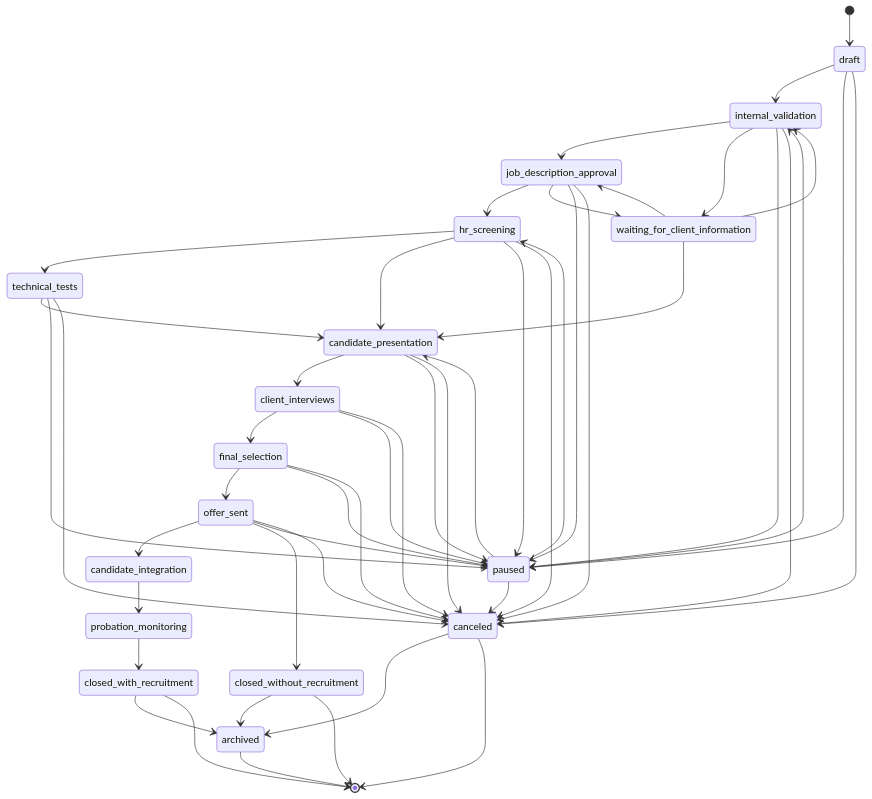
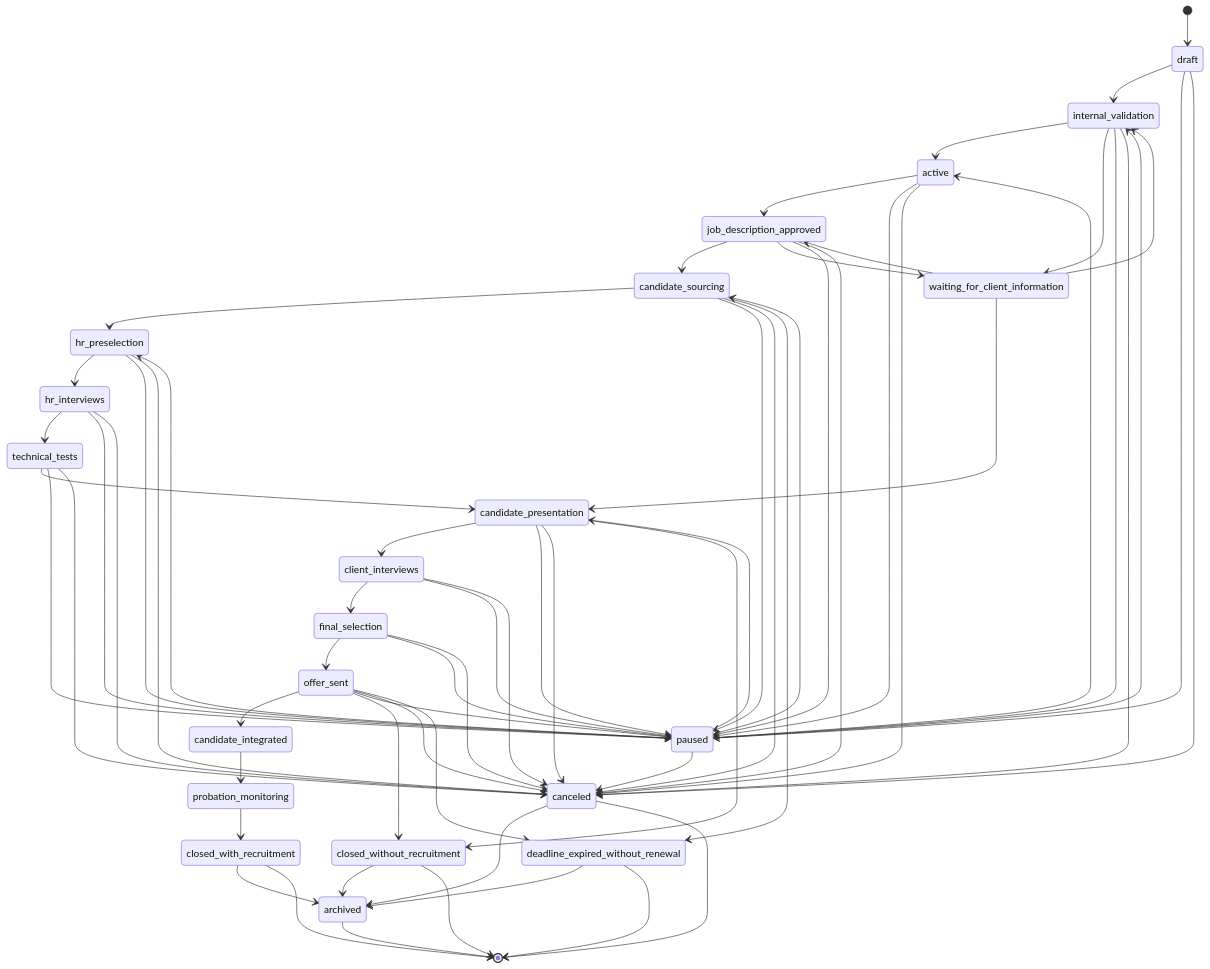
One commit to cyberdr1ft3r/hire-me-platform changed the second of 6 diagrams in docs/workflows.md. Above: the diagram before and after it, drawn with Mermaid. The commit also changed other lines of this file and 4 other files, not shown here.

Commit message:
docs: address final architecture review

````diff
--- a/docs/workflows.md
+++ b/docs/workflows.md
@@ -161,51 +177,66 @@
 ```mermaid
 stateDiagram-v2
     [*] --> draft
     draft --> internal_validation
-    internal_validation --> job_description_approval
+    internal_validation --> active
     internal_validation --> waiting_for_client_information
-    job_description_approval --> hr_screening
-    job_description_approval --> waiting_for_client_information
-    hr_screening --> technical_tests
-    hr_screening --> candidate_presentation
+    active --> job_description_approved
+    job_description_approved --> candidate_sourcing
+    job_description_approved --> waiting_for_client_information
+    candidate_sourcing --> hr_preselection
+    hr_preselection --> hr_interviews
+    hr_interviews --> technical_tests
     technical_tests --> candidate_presentation
     candidate_presentation --> client_interviews
     client_interviews --> final_selection
     final_selection --> offer_sent
-    offer_sent --> candidate_integration
+    offer_sent --> candidate_integrated
     offer_sent --> closed_without_recruitment
-    candidate_integration --> probation_monitoring
+    candidate_integrated --> probation_monitoring
     probation_monitoring --> closed_with_recruitment
     waiting_for_client_information --> internal_validation
-    waiting_for_client_information --> job_description_approval
+    waiting_for_client_information --> job_description_approved
     waiting_for_client_information --> candidate_presentation
     draft --> paused
     internal_validation --> paused
-    job_description_approval --> paused
-    hr_screening --> paused
+    active --> paused
+    job_description_approved --> paused
+    candidate_sourcing --> paused
+    hr_preselection --> paused
+    hr_interviews --> paused
     technical_tests --> paused
     candidate_presentation --> paused
     client_interviews --> paused
     final_selection --> paused
     offer_sent --> paused
     paused --> internal_validation
-    paused --> hr_screening
+    paused --> active
+    paused --> candidate_sourcing
+    paused --> hr_preselection
     paused --> candidate_presentation
     paused --> canceled
     draft --> canceled
     internal_validation --> canceled
-    job_description_approval --> canceled
-    hr_screening --> canceled
+    active --> canceled
+    job_description_approved --> canceled
+    candidate_sourcing --> canceled
+    hr_preselection --> canceled
+    hr_interviews --> canceled
     technical_tests --> canceled
     candidate_presentation --> canceled
     client_interviews --> canceled
     final_selection --> canceled
     offer_sent --> canceled
+    offer_sent --> deadline_expired_without_renewal
+    candidate_sourcing --> deadline_expired_without_renewal
+    candidate_presentation --> closed_without_recruitment
     closed_with_recruitment --> archived
     closed_without_recruitment --> archived
+    deadline_expired_without_renewal --> archived
     canceled --> archived
     closed_with_recruitment --> [*]
     closed_without_recruitment --> [*]
+    deadline_expired_without_renewal --> [*]
     canceled --> [*]
     archived --> [*]
 ```
````
